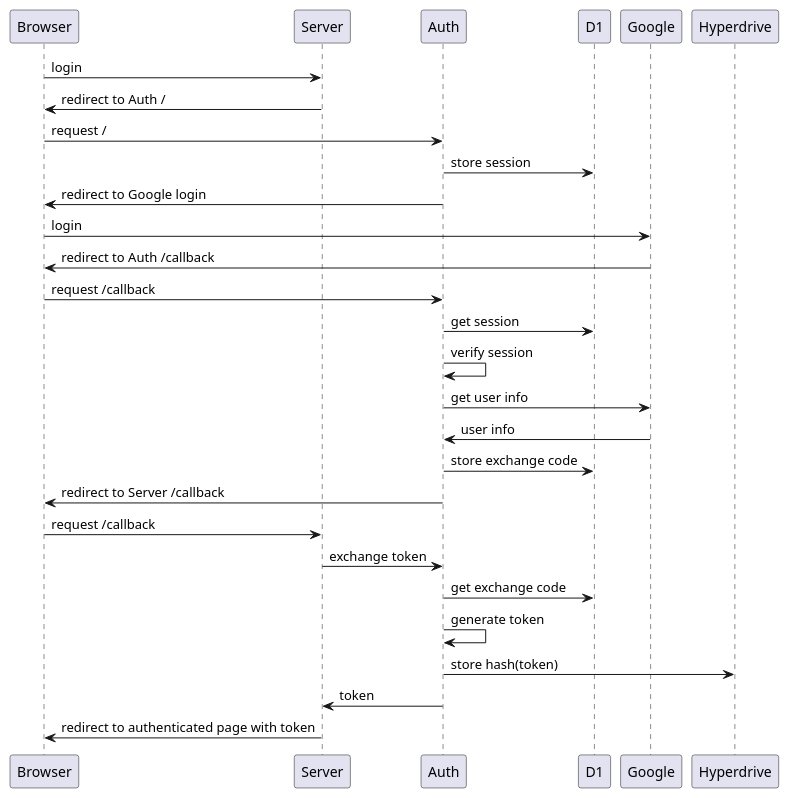
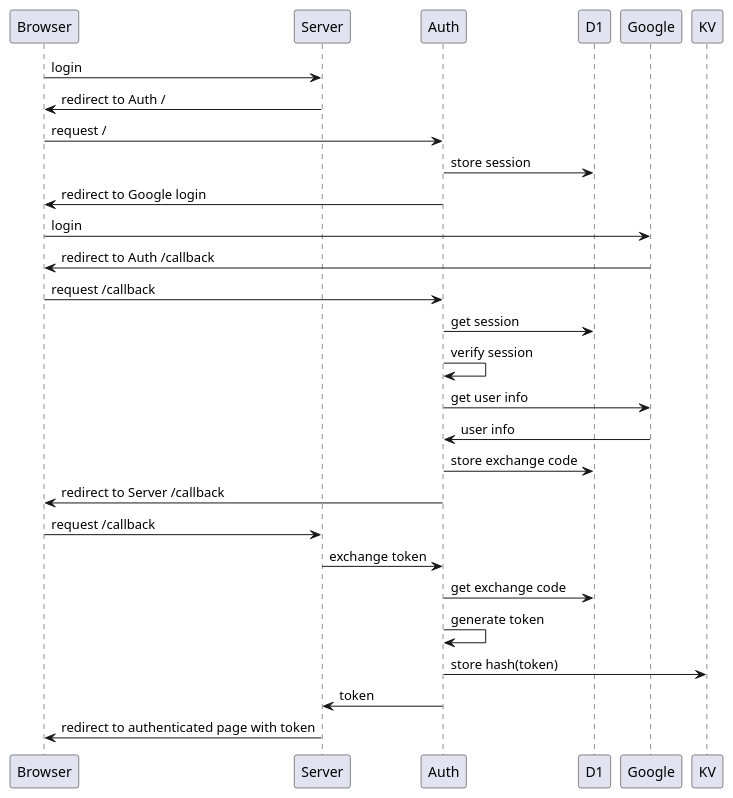
The diagram in diagram.puml (deploys-app/auth), drawn with PlantUML before and after one commit. The commit also changed 5 other files, not shown here.

Commit message:
remove d1 to store token

```diff
--- a/diagram.puml
+++ b/diagram.puml
@@ -1,23 +1,23 @@
 @startuml Login
 Browser -> Server: login
 Server -> Browser: redirect to Auth /
 Browser -> Auth: request /
 Auth -> D1: store session
 Auth -> Browser: redirect to Google login
 Browser -> Google: login
 Google -> Browser: redirect to Auth /callback
 Browser -> Auth: request /callback
 Auth -> D1: get session
 Auth -> Auth: verify session
 Auth -> Google: get user info
 Google -> Auth: user info
 Auth -> D1: store exchange code
 Auth -> Browser: redirect to Server /callback
 Browser -> Server: request /callback
 Server -> Auth: exchange token
 Auth -> D1: get exchange code
 Auth -> Auth: generate token
-Auth -> Hyperdrive: store hash(token)
+Auth -> KV: store hash(token)
 Auth -> Server: token
 Server -> Browser: redirect to authenticated page with token
 @enduml
```
